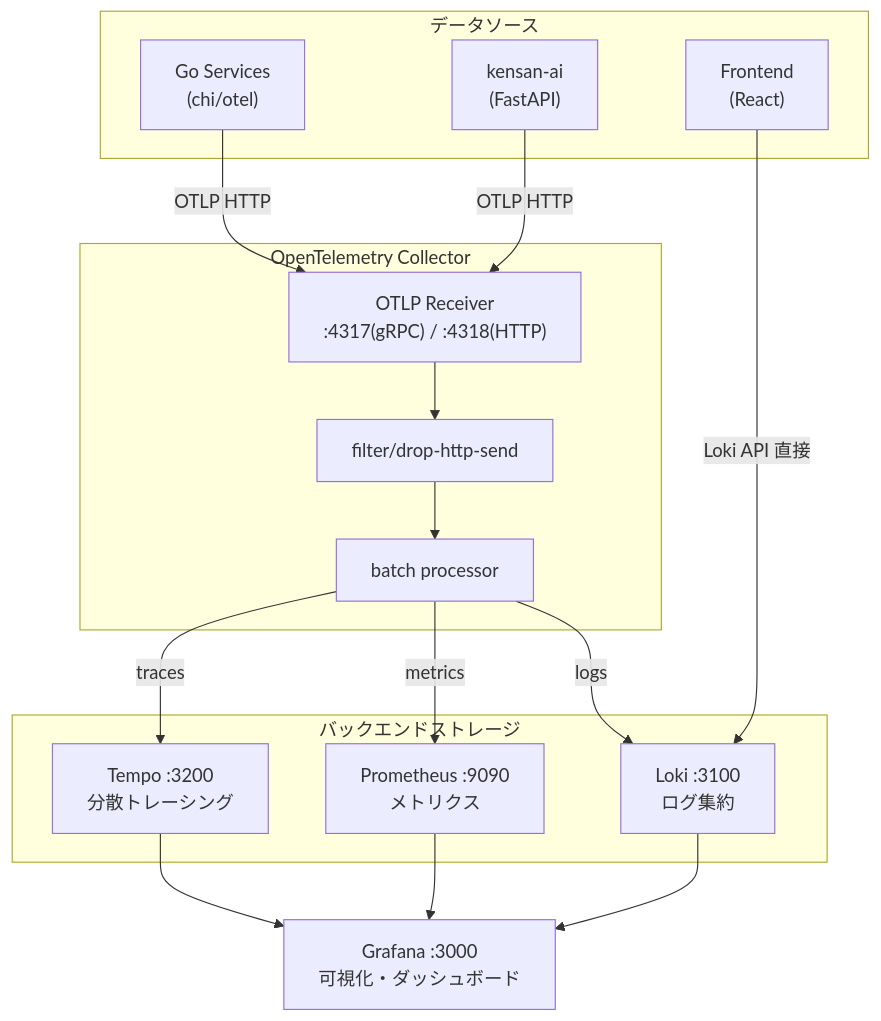
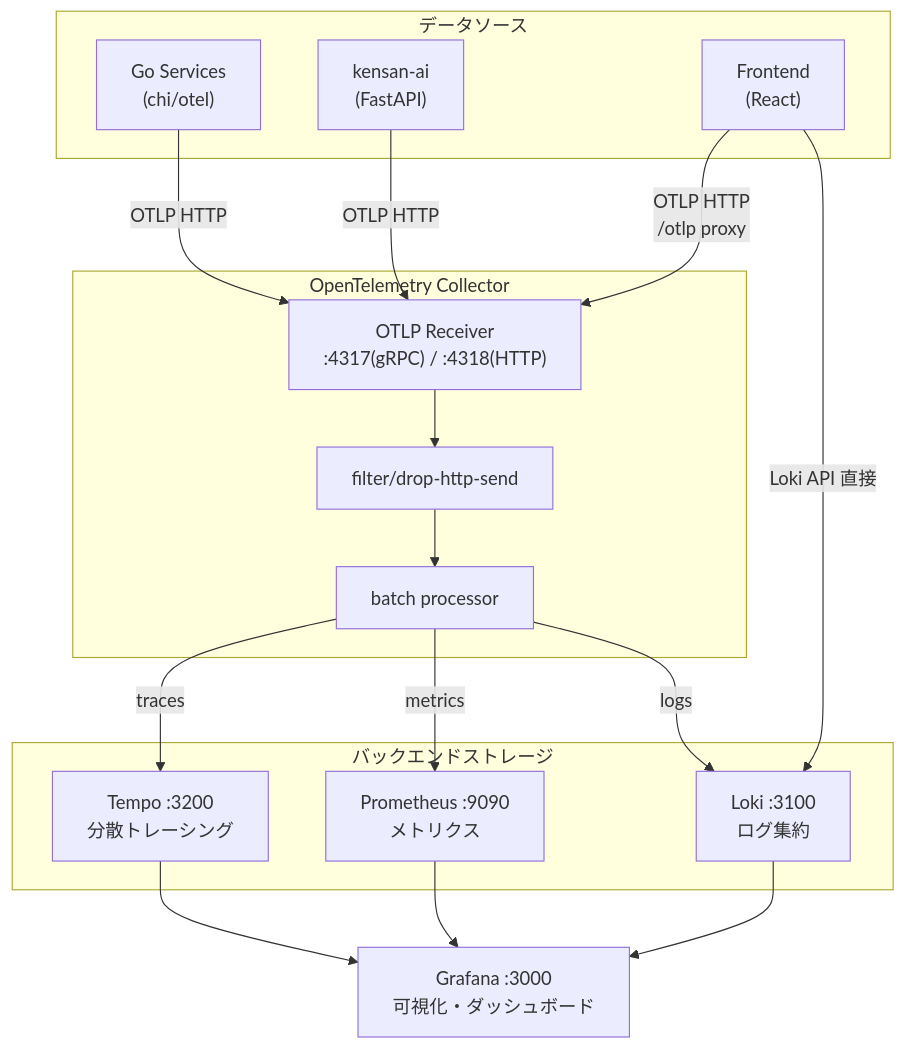
One commit to yu-min3/kensan changed the first of 8 diagrams in observability/ARCHITECTURE.md. Above: the diagram before and after it, drawn with Mermaid. The commit also changed other lines of this file and 172 other files, not shown here.

````diff
--- a/observability/ARCHITECTURE.md
+++ b/observability/ARCHITECTURE.md
@@ -48,34 +48,35 @@
 ```mermaid
 graph TB
     subgraph Sources["データソース"]
         Go["Go Services<br/>(chi/otel)"]
         AI["kensan-ai<br/>(FastAPI)"]
         FE["Frontend<br/>(React)"]
     end
 
     subgraph Collector["OpenTelemetry Collector"]
         OTLP["OTLP Receiver<br/>:4317(gRPC) / :4318(HTTP)"]
         Filter["filter/drop-http-send"]
         Batch["batch processor"]
     end
 
     subgraph Backends["バックエンドストレージ"]
         Tempo["Tempo :3200<br/>分散トレーシング"]
         Prom["Prometheus :9090<br/>メトリクス"]
         Loki["Loki :3100<br/>ログ集約"]
     end
 
     Grafana["Grafana :3000<br/>可視化・ダッシュボード"]
 
     Go -->|OTLP HTTP| OTLP
     AI -->|OTLP HTTP| OTLP
+    FE -->|OTLP HTTP<br/>/otlp proxy| OTLP
     OTLP --> Filter --> Batch
     Batch -->|traces| Tempo
     Batch -->|metrics| Prom
     Batch -->|logs| Loki
     FE -->|Loki API 直接| Loki
 
     Tempo --> Grafana
     Prom --> Grafana
     Loki --> Grafana
 ```
````
